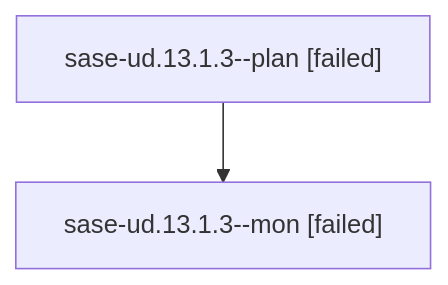
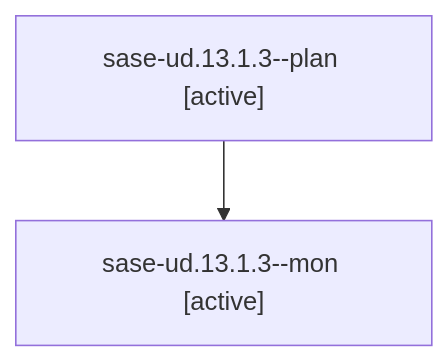
One commit to sase-org/sase--agents changed the diagram in families/bbugyi200.athena.sase-ud.13.1.3.md. Above: the diagram before and after it, drawn with Mermaid. The commit also changed other lines of this file and 35830 other files, not shown here.

````diff
--- a/families/bbugyi200.athena.sase-ud.13.1.3.md
+++ b/families/bbugyi200.athena.sase-ud.13.1.3.md
@@ -9,6 +9,6 @@
 ```mermaid
 flowchart TD
-  n0["sase-ud.13.1.3--plan [failed]"]
-  n1["sase-ud.13.1.3--mon [failed]"]
+  n0["sase-ud.13.1.3--plan [active]"]
+  n1["sase-ud.13.1.3--mon [active]"]
   n0 --> n1
 ```
````
